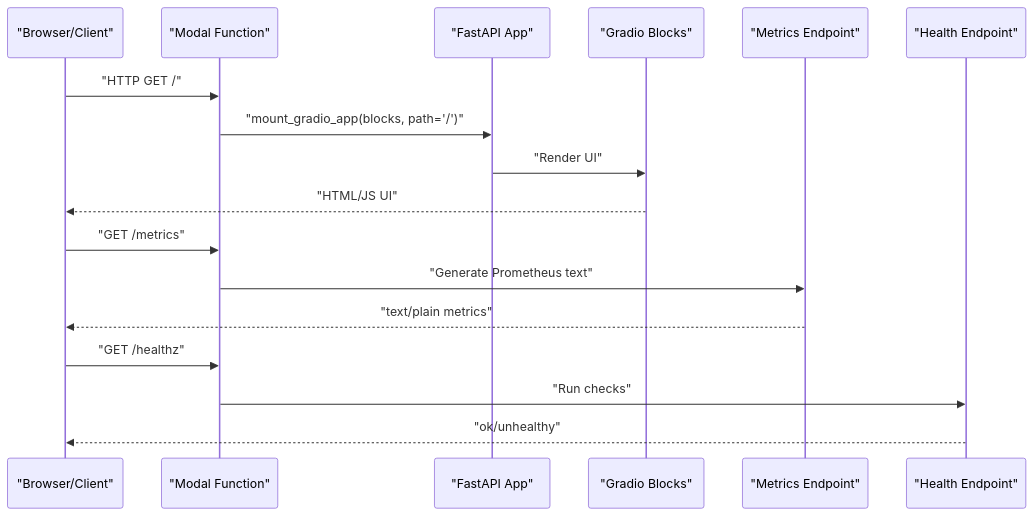
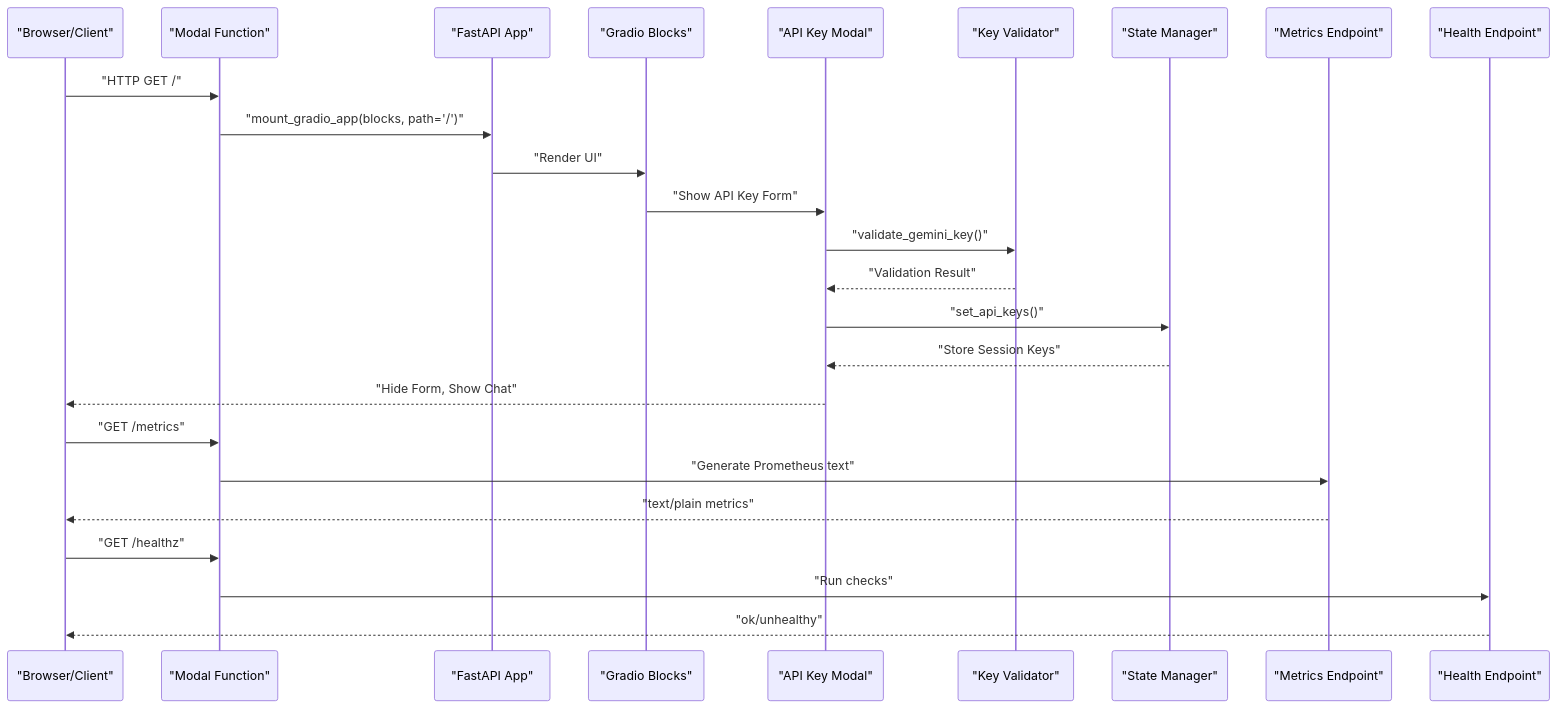
The second of 10 diagrams in .qoder/repowiki/en/content/Deployment & Operations.md (MOK-5-ha/MayaMCP), drawn with Mermaid before and after one commit. The commit also changed other lines of this file and 27 other files, not shown here.

````diff
--- a/.qoder/repowiki/en/content/Deployment & Operations.md
+++ b/.qoder/repowiki/en/content/Deployment & Operations.md
@@ -109,19 +140,27 @@
 ```mermaid
 sequenceDiagram
 participant Client as "Browser/Client"
 participant Modal as "Modal Function"
 participant FastAPI as "FastAPI App"
 participant Gradio as "Gradio Blocks"
+participant UI as "API Key Modal"
+participant Validator as "Key Validator"
+participant State as "State Manager"
 participant Metrics as "Metrics Endpoint"
 participant Health as "Health Endpoint"
 Client->>Modal : "HTTP GET /"
 Modal->>FastAPI : "mount_gradio_app(blocks, path='/')"
 FastAPI->>Gradio : "Render UI"
-Gradio-->>Client : "HTML/JS UI"
+Gradio->>UI : "Show API Key Form"
+UI->>Validator : "validate_gemini_key()"
+Validator-->>UI : "Validation Result"
+UI->>State : "set_api_keys()"
+State-->>UI : "Store Session Keys"
+UI-->>Client : "Hide Form, Show Chat"
 Client->>Modal : "GET /metrics"
 Modal->>Metrics : "Generate Prometheus text"
 Metrics-->>Client : "text/plain metrics"
 Client->>Modal : "GET /healthz"
 Modal->>Health : "Run checks"
 Health-->>Client : "ok/unhealthy"
 ```
````
